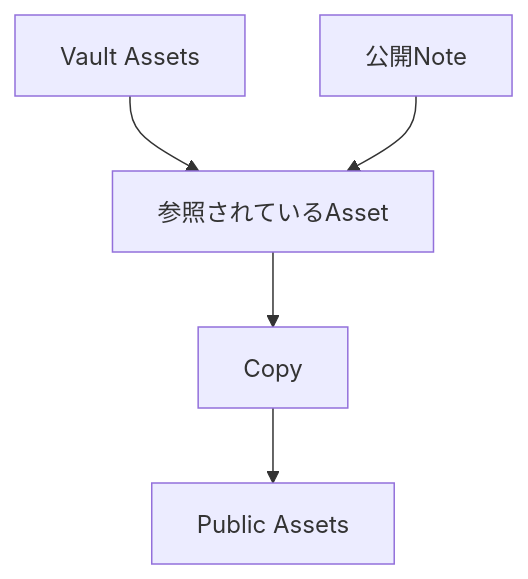
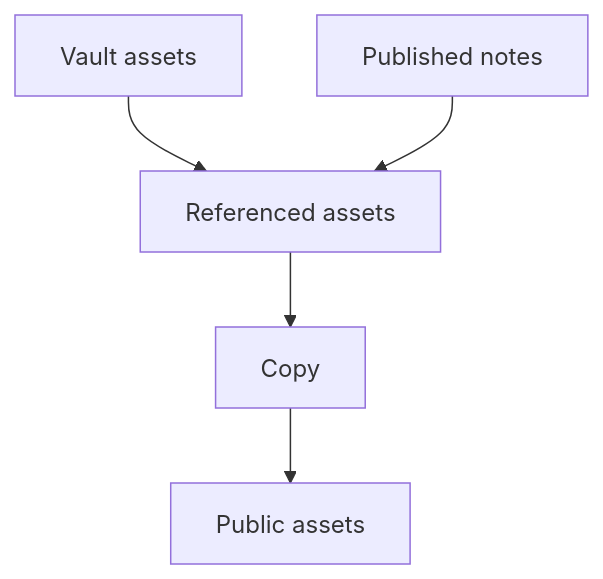
One commit to Rerurate514/riebeckite changed the tenth of 13 diagrams in docs/docs/guides/deployment/separate-content-repository.md. Above: the diagram before and after it, drawn with Mermaid. The commit also changed other lines of this file and 604 other files, not shown here.

````diff
--- a/docs/docs/guides/deployment/separate-content-repository.md
+++ b/docs/docs/guides/deployment/separate-content-repository.md
@@ -933,13 +439,13 @@
-```mermaid id="44q02p"
+```mermaid
 flowchart TD
-    Vault["Vault Assets"]
-    PublicNotes["公開Note"]
-    Referenced["参照されているAsset"]
+    Vault["Vault assets"]
+    PublicNotes["Published notes"]
+    Referenced["Referenced assets"]
     Copy["Copy"]
-    Public["Public Assets"]
+    Public["Public assets"]
 
     Vault --> Referenced
     PublicNotes --> Referenced
     Referenced --> Copy
     Copy --> Public
 ```
````
